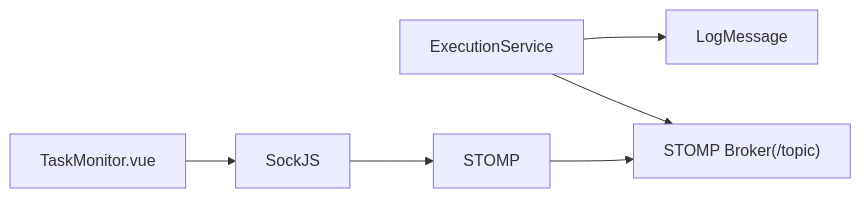
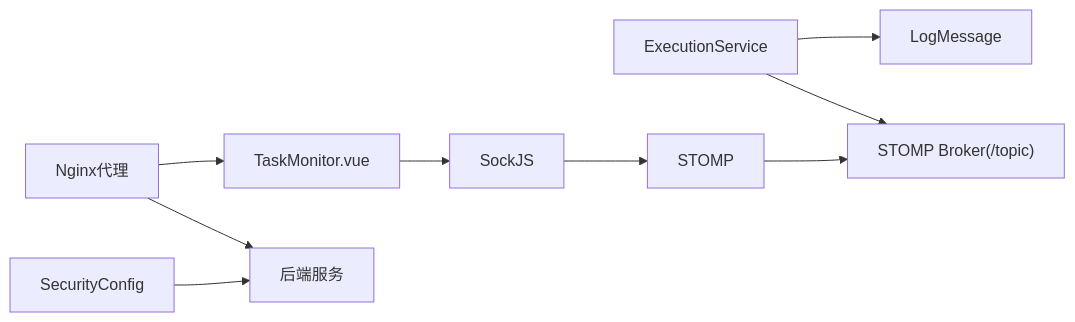
Before and after one commit to zzjxmy/mysql-risk-filed-check: the fifth of 5 diagrams in .qoder/repowiki/zh/content/实时通信系统.md, drawn with Mermaid. The commit also changed other lines of this file and 2 other files, not shown here.

````diff
--- a/.qoder/repowiki/zh/content/实时通信系统.md
+++ b/.qoder/repowiki/zh/content/实时通信系统.md
@@ -235,8 +303,11 @@
 ```mermaid
 graph LR
 ES["ExecutionService"] --> MSG["LogMessage"]
 ES --> BROKER["STOMP Broker(/topic)"]
 FRONT["TaskMonitor.vue"] --> SOCKJS["SockJS"]
 SOCKJS --> STOMP["STOMP"]
 STOMP --> BROKER
+Nginx["Nginx代理"] --> FRONT
+Nginx --> BACKEND["后端服务"]
+SEC["SecurityConfig"] --> BACKEND
 ```
````
